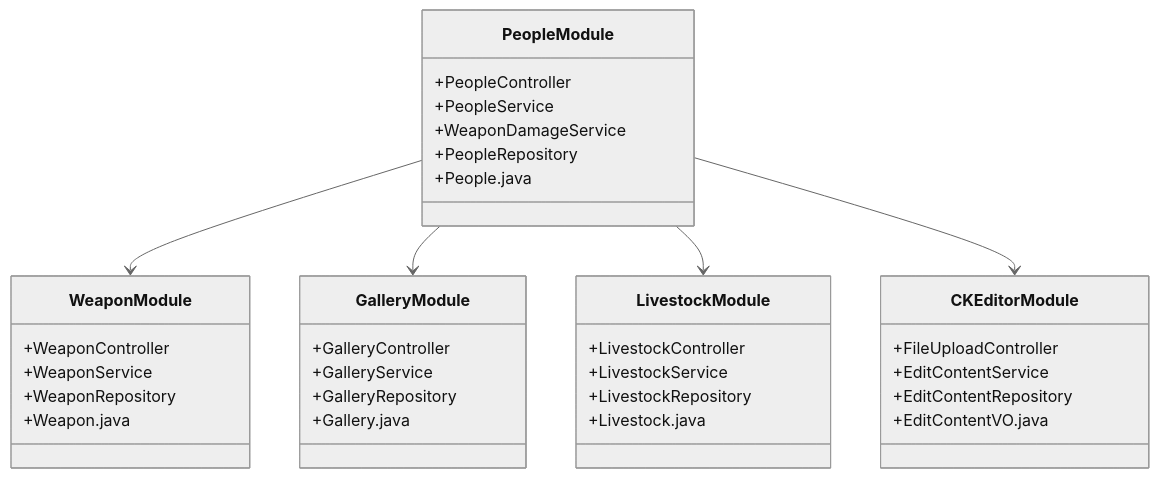
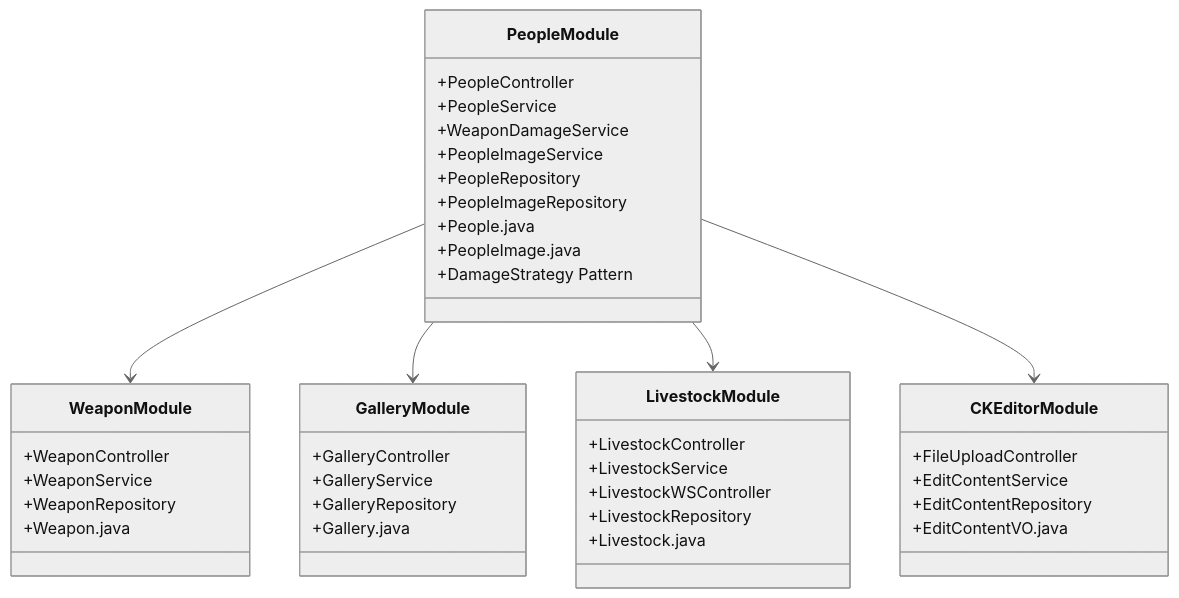
The second of 10 diagrams in README.md (Vinskao/ty-multiverse-backend), drawn with Mermaid (neutral theme) before and after one commit. The commit also changed other lines of this file, not shown here.

Commit message:
info: update graph

````diff
--- a/README.md
+++ b/README.md
@@ -159,43 +107,50 @@
 ```mermaid
 classDiagram
     class PeopleModule {
         +PeopleController
         +PeopleService
         +WeaponDamageService
+        +PeopleImageService
         +PeopleRepository
+        +PeopleImageRepository
         +People.java
+        +PeopleImage.java
+        +DamageStrategy Pattern
     }
     
     class WeaponModule {
         +WeaponController
         +WeaponService
         +WeaponRepository
         +Weapon.java
     }
     
     class GalleryModule {
         +GalleryController
         +GalleryService
         +GalleryRepository
         +Gallery.java
     }
     
     class LivestockModule {
         +LivestockController
         +LivestockService
+        +LivestockWSController
         +LivestockRepository
         +Livestock.java
     }
     
     class CKEditorModule {
         +FileUploadController
         +EditContentService
         +EditContentRepository
         +EditContentVO.java
     }
+  
     
+    %% Module Dependencies
     PeopleModule --> WeaponModule
     PeopleModule --> GalleryModule
     PeopleModule --> LivestockModule
     PeopleModule --> CKEditorModule
 ```
````
